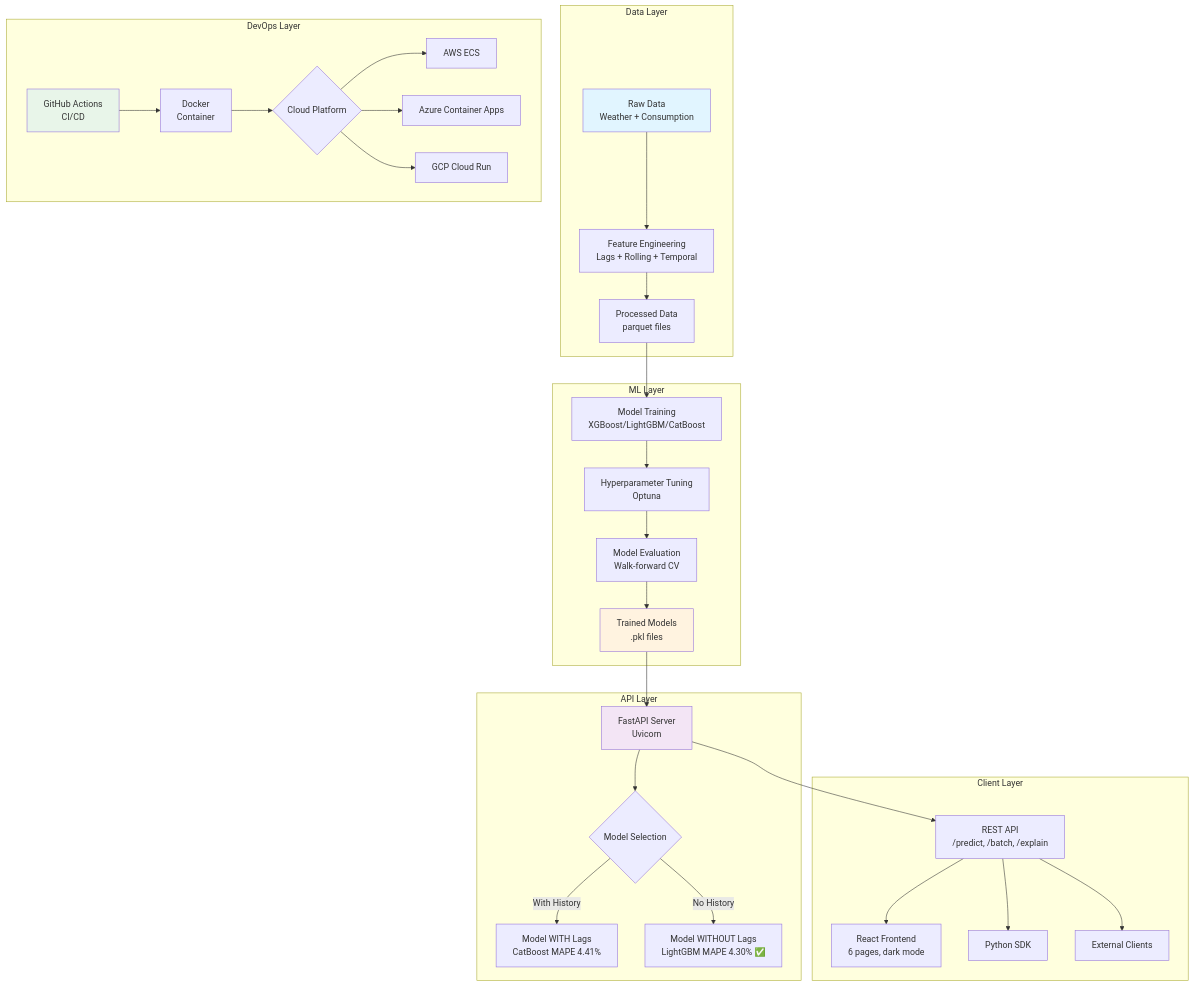
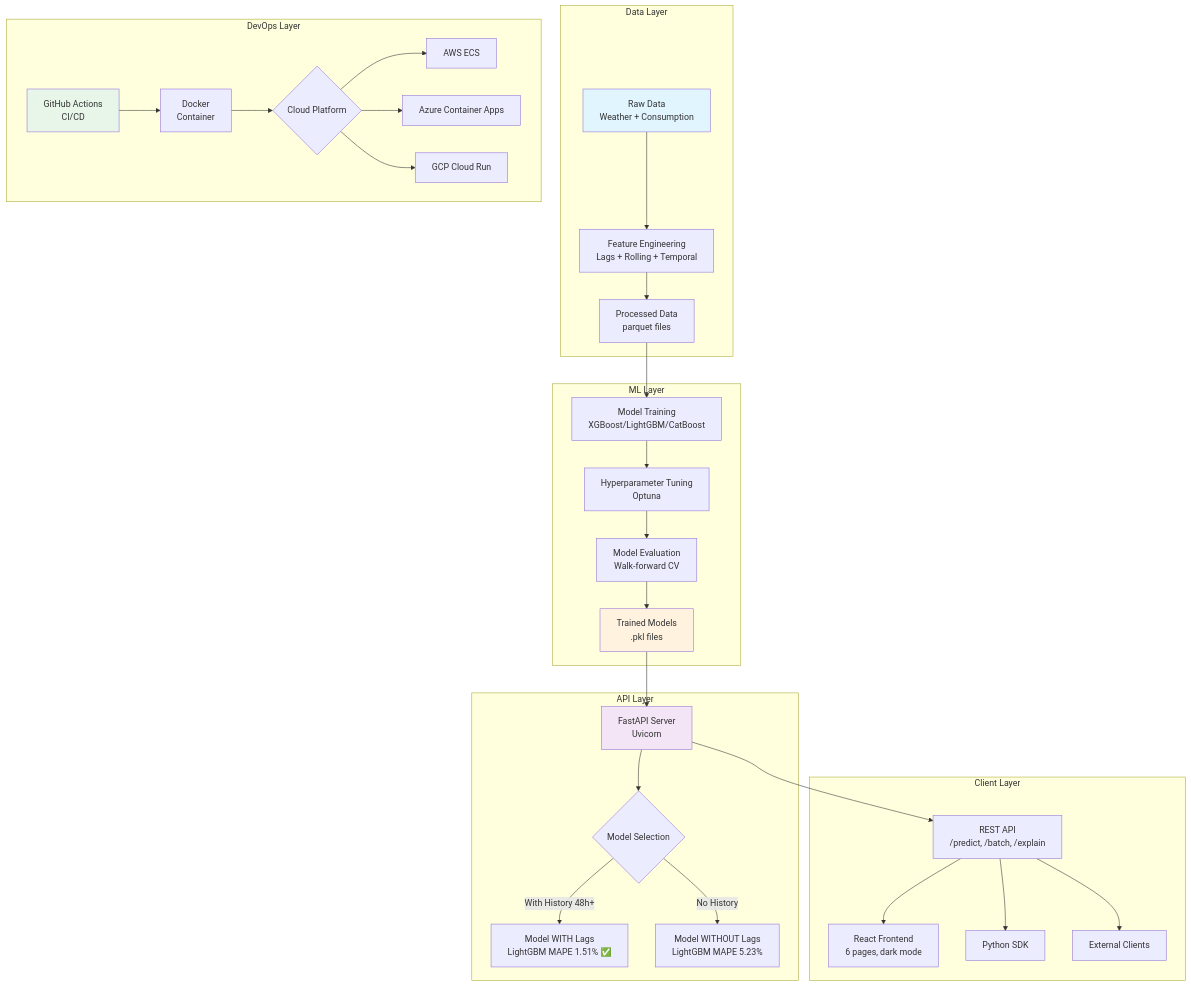
The first of 5 diagrams in docs/ARCHITECTURE.md (Pedrom2002/energy-forecast-pt), drawn with Mermaid before and after one commit. The commit also changed other lines of this file and 14 other files, not shown here.

````diff
--- a/docs/ARCHITECTURE.md
+++ b/docs/ARCHITECTURE.md
@@ -9,41 +9,41 @@
 ```mermaid
 graph TB
     subgraph "Data Layer"
         A[Raw Data<br/>Weather + Consumption] --> B[Feature Engineering<br/>Lags + Rolling + Temporal]
         B --> C[Processed Data<br/>parquet files]
     end
 
     subgraph "ML Layer"
         C --> D[Model Training<br/>XGBoost/LightGBM/CatBoost]
         D --> E[Hyperparameter Tuning<br/>Optuna]
         E --> F[Model Evaluation<br/>Walk-forward CV]
         F --> G[Trained Models<br/>.pkl files]
     end
 
     subgraph "API Layer"
         G --> H[FastAPI Server<br/>Uvicorn]
         H --> I{Model Selection}
-        I -->|With History| J[Model WITH Lags<br/>CatBoost MAPE 4.41%]
-        I -->|No History| K[Model WITHOUT Lags<br/>LightGBM MAPE 4.30% ✅]
+        I -->|With History 48h+| J[Model WITH Lags<br/>LightGBM MAPE 1.51% ✅]
+        I -->|No History| K[Model WITHOUT Lags<br/>LightGBM MAPE 5.23%]
     end
 
     subgraph "Client Layer"
         H --> L[REST API<br/>/predict, /batch, /explain]
         L --> M[React Frontend<br/>6 pages, dark mode]
         L --> N[Python SDK]
         L --> O[External Clients]
     end
 
     subgraph "DevOps Layer"
         P[GitHub Actions<br/>CI/CD] --> Q[Docker<br/>Container]
         Q --> R{Cloud Platform}
         R --> S[AWS ECS]
         R --> T[Azure Container Apps]
         R --> U[GCP Cloud Run]
     end
 
     style A fill:#e1f5ff
     style G fill:#fff3e0
     style H fill:#f3e5f5
     style P fill:#e8f5e9
 ```
````
